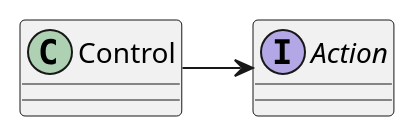
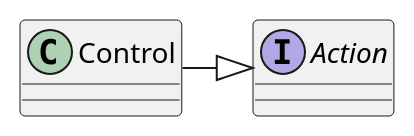
The diagram in documentation/src/docs/asciidoc/manual/common-ui-action-controls.adoc (codion-is/codion), drawn with PlantUML before and after one commit. The commit also changed 6 other files, not shown here.

```diff
--- a/documentation/src/docs/asciidoc/manual/common-ui-action-controls.adoc
+++ b/documentation/src/docs/asciidoc/manual/common-ui-action-controls.adoc
@@ -7,9 +7,9 @@
 [plantuml, control-diagram, svg, align=center]
 -------------------------------------------
 
 class Control {}
 
 interface Action {}
 
-Control -> Action
+Control -|> Action
 -------------------------------------------
```
